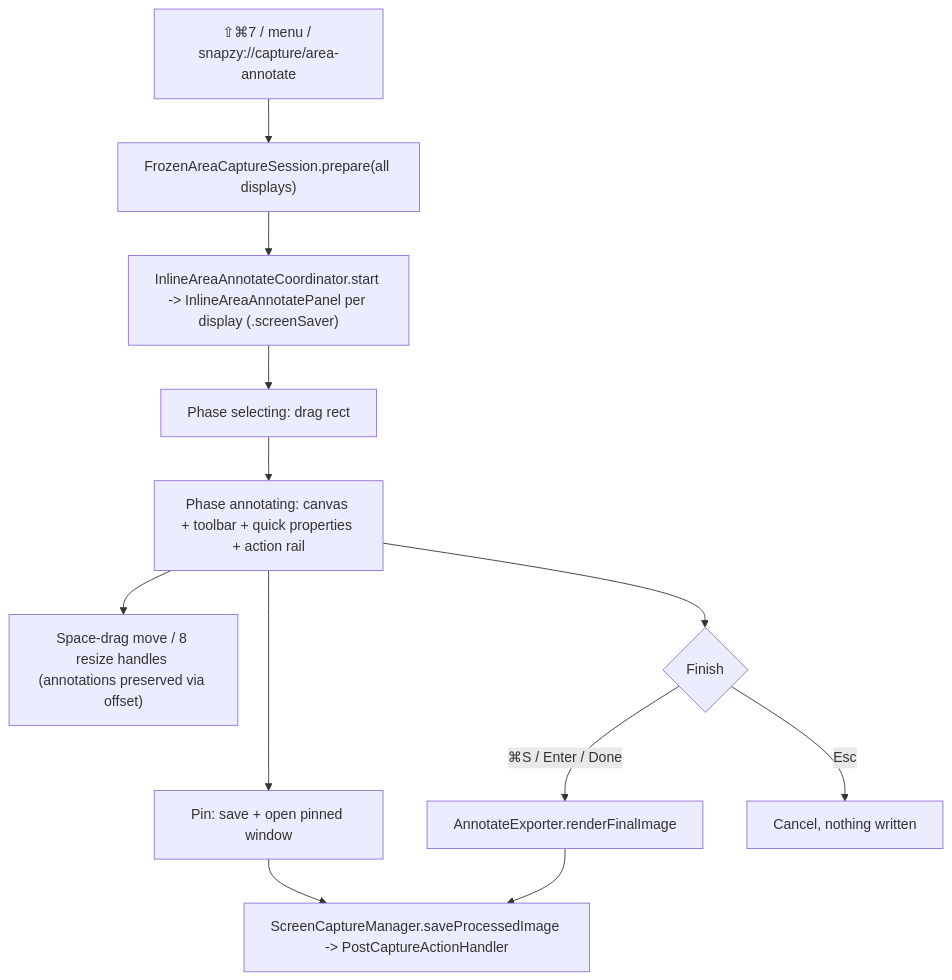
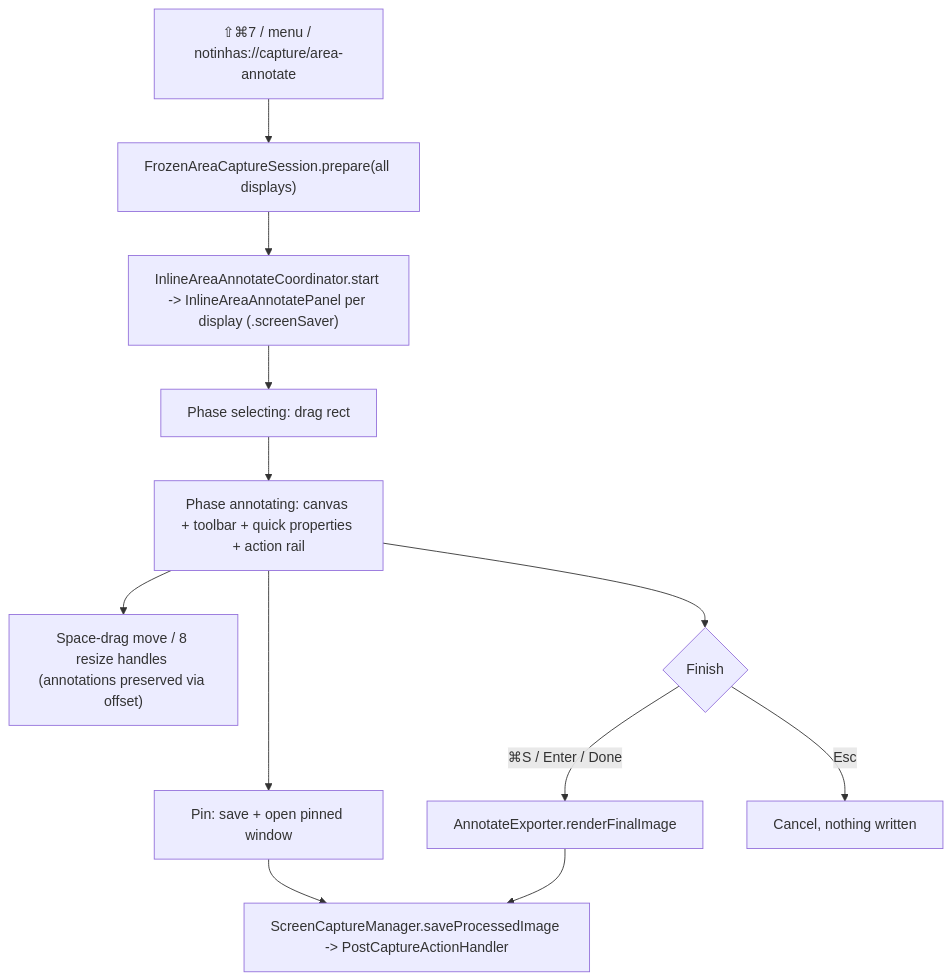
The second of 2 diagrams in docs/ANNOTATE.md (mourato/Notinhas), drawn with Mermaid before and after one commit. The commit also changed other lines of this file and 30 other files, not shown here.

````diff
--- a/docs/ANNOTATE.md
+++ b/docs/ANNOTATE.md
@@ -153,14 +153,14 @@
 ```mermaid
 flowchart TD
-    A["⇧⌘7 / menu / snapzy://capture/area-annotate"] --> B["FrozenAreaCaptureSession.prepare(all displays)"]
+    A["⇧⌘7 / menu / notinhas://capture/area-annotate"] --> B["FrozenAreaCaptureSession.prepare(all displays)"]
     B --> C["InlineAreaAnnotateCoordinator.start -> InlineAreaAnnotatePanel per display (.screenSaver)"]
     C --> D["Phase selecting: drag rect"]
     D --> E["Phase annotating: canvas + toolbar + quick properties + action rail"]
     E --> F["Space-drag move / 8 resize handles (annotations preserved via offset)"]
     E --> G["Pin: save + open pinned window"]
     E --> H{"Finish"}
     H -->|⌘S / Enter / Done| I["AnnotateExporter.renderFinalImage"]
     H -->|Esc| J["Cancel, nothing written"]
     I --> K["ScreenCaptureManager.saveProcessedImage -> PostCaptureActionHandler"]
     G --> K
 ```
````
